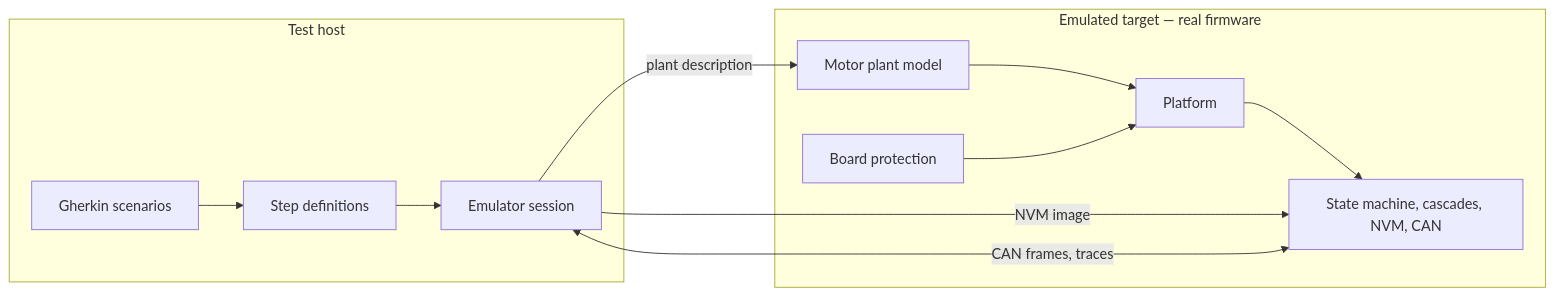
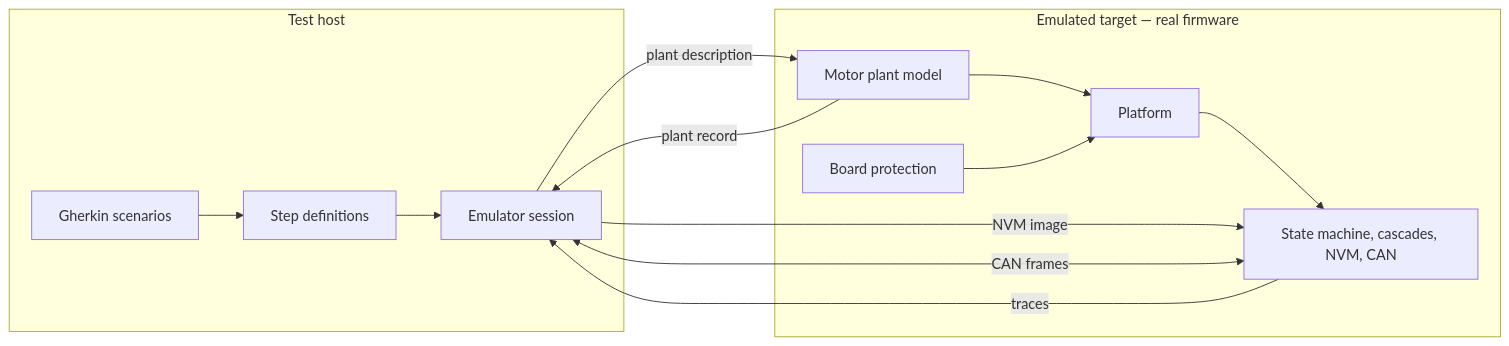
Before and after one commit to embedded-pro/e-foc: the first of 4 diagrams in documentation/design/software-in-the-loop.md, drawn with Mermaid. The commit also changed other lines of this file and 28 other files, not shown here.

First line of the commit message:
test(sil): CAN on its own emulated serial port, plant record in a file

````diff
--- a/documentation/design/software-in-the-loop.md
+++ b/documentation/design/software-in-the-loop.md
@@ -38,15 +40,17 @@
 ```mermaid
 graph LR
     subgraph HOST["Test host"]
         GHERKIN["Gherkin scenarios"] --> STEPS["Step definitions"]
         STEPS --> SESSION["Emulator session"]
     end
     subgraph TARGET["Emulated target — real firmware"]
         PLANT["Motor plant model"] --> PLATFORM["Platform"]
         PROT["Board protection"] --> PLATFORM
         PLATFORM --> APP["State machine, cascades, NVM, CAN"]
     end
     SESSION -->|"plant description"| PLANT
     SESSION -->|"NVM image"| APP
-    SESSION <-->|"CAN frames, traces"| APP
+    SESSION <-->|"CAN frames"| APP
+    PLANT -->|"plant record"| SESSION
+    APP -->|"traces"| SESSION
 ```
````
